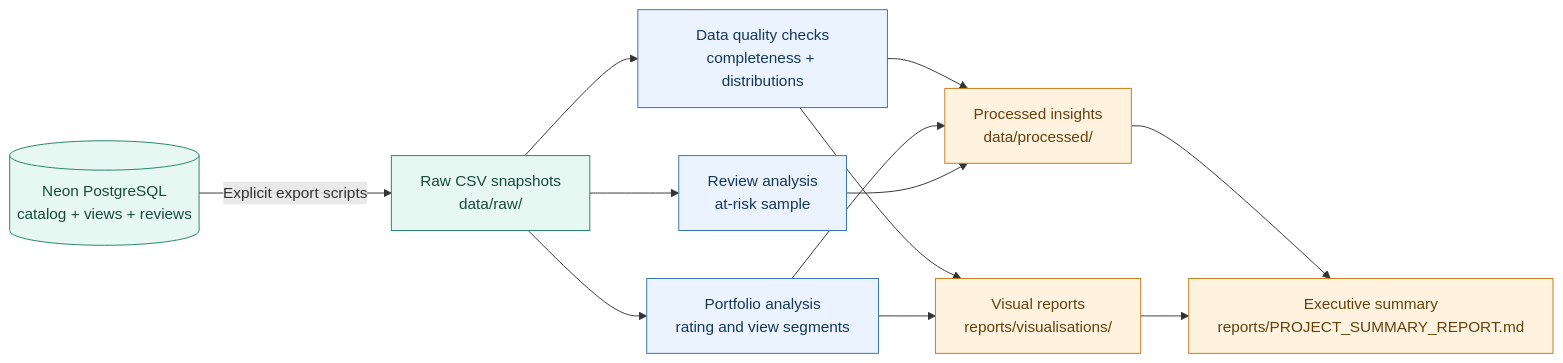
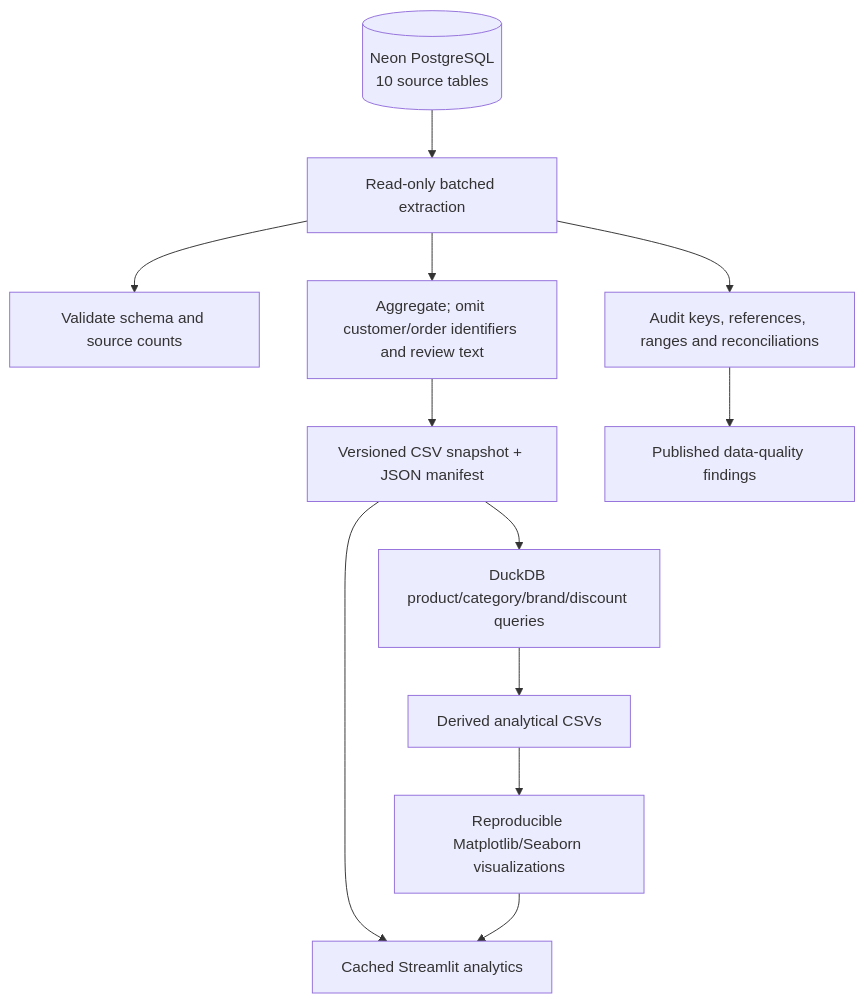
One commit to poruri-santhosh/Aislewise changed the second of 2 diagrams in README.md. Above: the diagram before and after it, drawn with Mermaid. The commit also changed other lines of this file and 57 other files, not shown here.

Commit message:
Expand Aislewise analytics for the synthetic retail snapshot

````diff
--- a/README.md
+++ b/README.md
@@ -75,21 +88,14 @@
 ```mermaid
-flowchart LR
-    db[("Neon PostgreSQL<br/>catalog + views + reviews")] -->|Explicit export scripts| raw["Raw CSV snapshots<br/>data/raw/"]
-    raw --> quality["Data quality checks<br/>completeness + distributions"]
-    raw --> portfolio["Portfolio analysis<br/>rating and view segments"]
-    raw --> reviews["Review analysis<br/>at-risk sample"]
-    quality --> derived["Processed insights<br/>data/processed/"]
-    portfolio --> derived
-    reviews --> derived
-    quality --> charts["Visual reports<br/>reports/visualisations/"]
-    portfolio --> charts
-    derived --> report["Executive summary<br/>reports/PROJECT_SUMMARY_REPORT.md"]
-    charts --> report
-
-    classDef source fill:#e7f7f1,stroke:#23836a,color:#164b3c
-    classDef process fill:#eaf3ff,stroke:#3674b5,color:#14385a
-    classDef output fill:#fff3df,stroke:#c47b16,color:#65400c
-    class db,raw source
-    class quality,portfolio,reviews process
-    class derived,charts,report output
+flowchart TD
+    pg[("Neon PostgreSQL<br/>10 source tables")] --> extract["Read-only batched extraction"]
+    extract --> schema["Validate schema and source counts"]
+    extract --> quality["Audit keys, references, ranges and reconciliations"]
+    extract --> privacy["Aggregate; omit customer/order identifiers and review text"]
+    privacy --> csv["Versioned CSV snapshot + JSON manifest"]
+    csv --> duckdb["DuckDB product/category/brand/discount queries"]
+    csv --> streamlit["Cached Streamlit analytics"]
+    duckdb --> derived["Derived analytical CSVs"]
+    derived --> charts["Reproducible Matplotlib/Seaborn visualizations"]
+    charts --> streamlit
+    quality --> dashboard["Published data-quality findings"]
 ```
````
